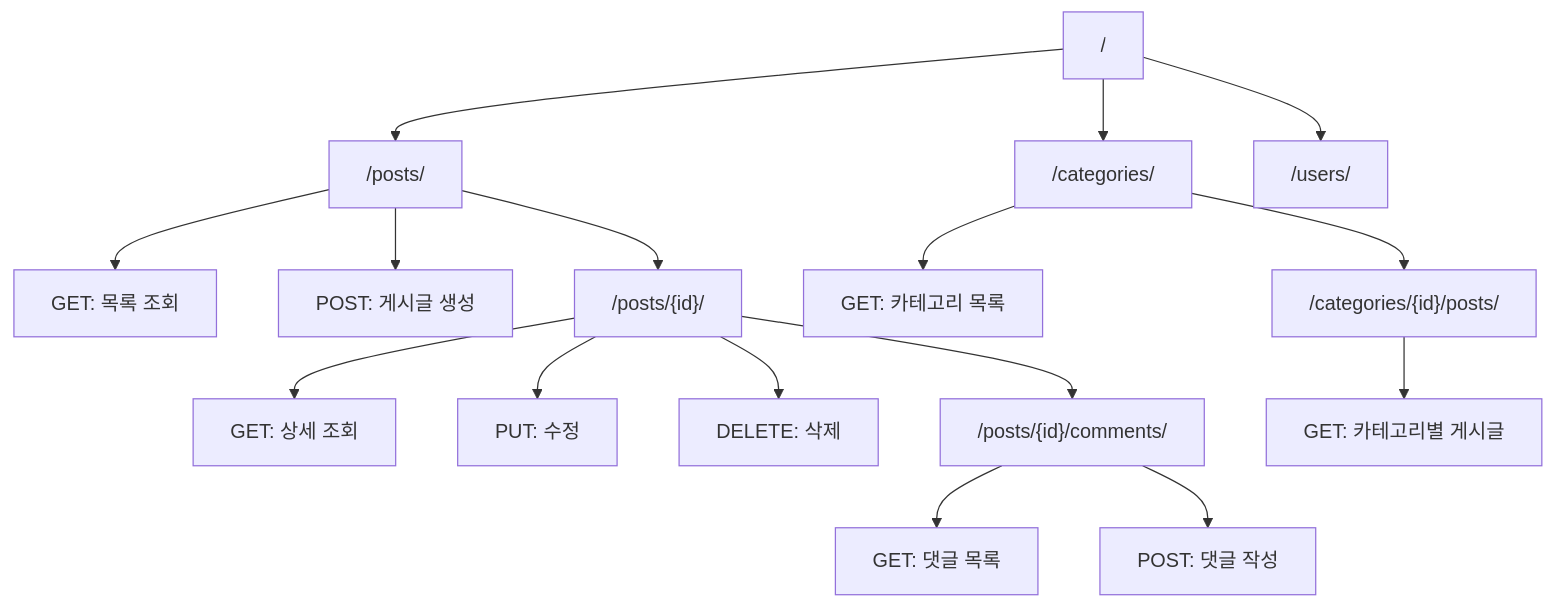
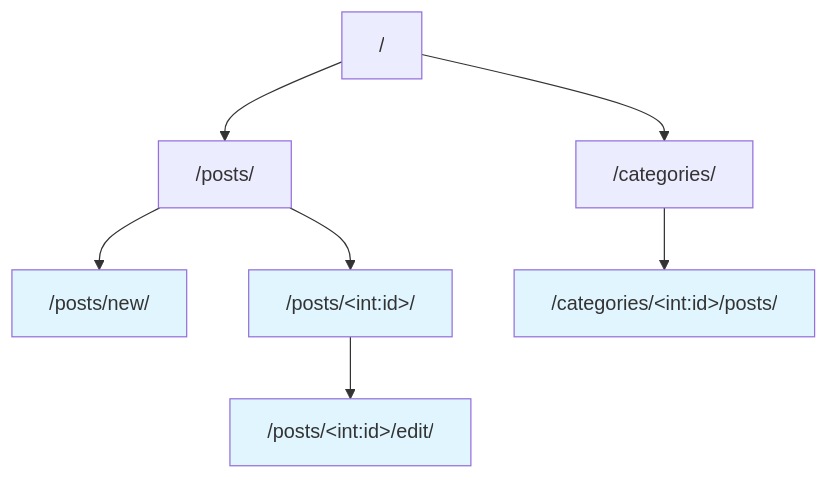
Before and after one commit to nugurejeil/weniVooks: the first of 2 diagrams in _md/essentials-vibecoding/chapter08/08-3.md, drawn with Mermaid. The commit also changed other lines of this file and 3 other files, not shown here.

````diff
--- a/_md/essentials-vibecoding/chapter08/08-3.md
+++ b/_md/essentials-vibecoding/chapter08/08-3.md
@@ -153,22 +149,18 @@
 ```mermaid
 flowchart TD
     A["/"] --> B["/posts/"]
     A --> C["/categories/"]
-    A --> D["/users/"]
 
-    B --> B1["GET: 목록 조회"]
-    B --> B2["POST: 게시글 생성"]
-    B --> B3["/posts/{id}/"]
+    B --> B1["/posts/new/"]
+    B --> B2["/posts/&lt;int:id&gt;/"]
+    B2 --> B2a["/posts/&lt;int:id&gt;/edit/"]
 
-    B3 --> B3a["GET: 상세 조회"]
-    B3 --> B3b["PUT: 수정"]
-    B3 --> B3c["DELETE: 삭제"]
-    B3 --> B4["/posts/{id}/comments/"]
+    C --> C1["/categories/&lt;int:id&gt;/posts/"]
 
-    B4 --> B4a["GET: 댓글 목록"]
-    B4 --> B4b["POST: 댓글 작성"]
+    B1:::page
+    B2:::page
+    B2a:::page
+    C1:::page
 
-    C --> C1["GET: 카테고리 목록"]
-    C --> C2["/categories/{id}/posts/"]
-    C2 --> C2a["GET: 카테고리별 게시글"]
+    classDef page fill:#e1f5fe
 ```
````
